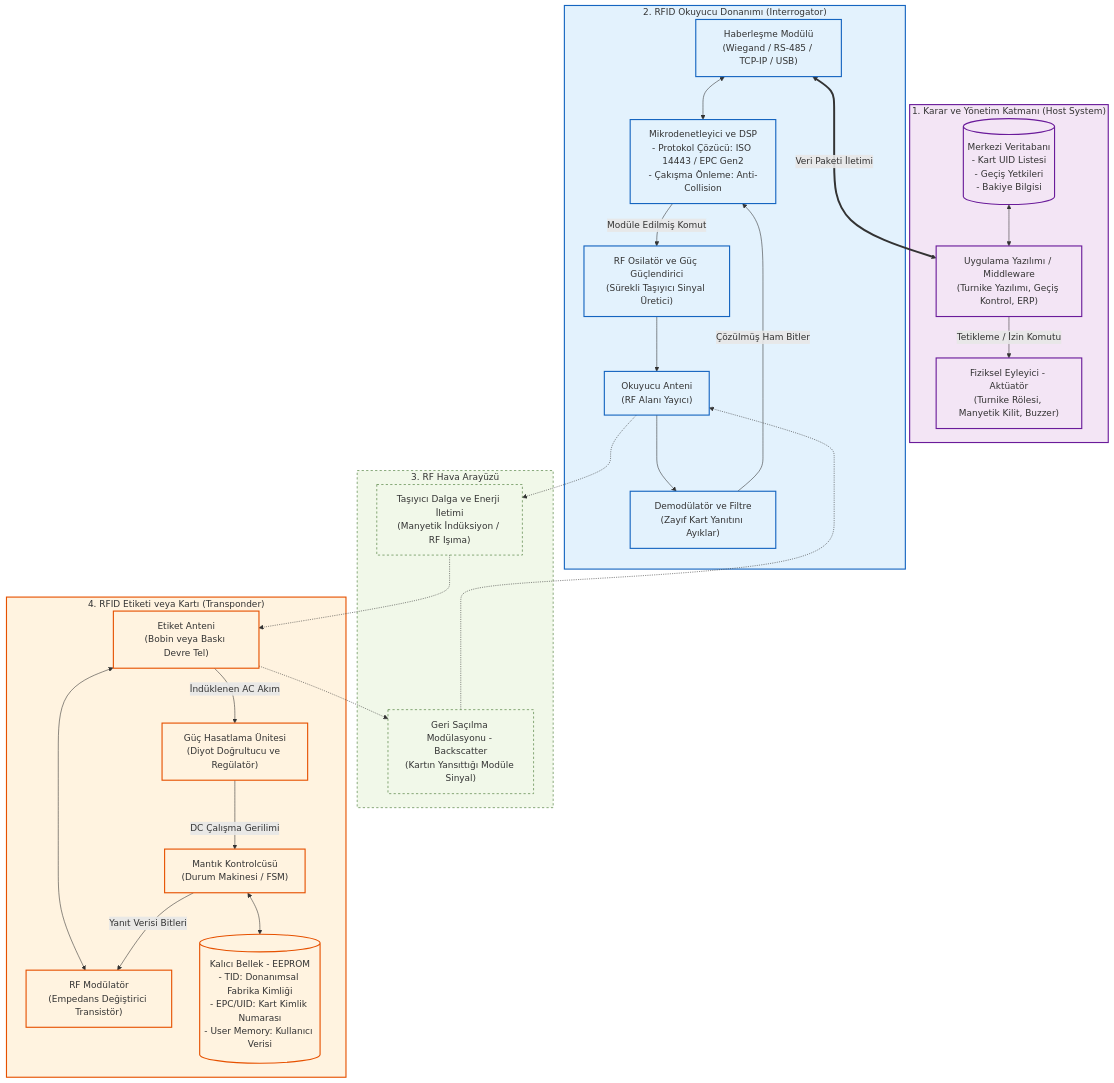
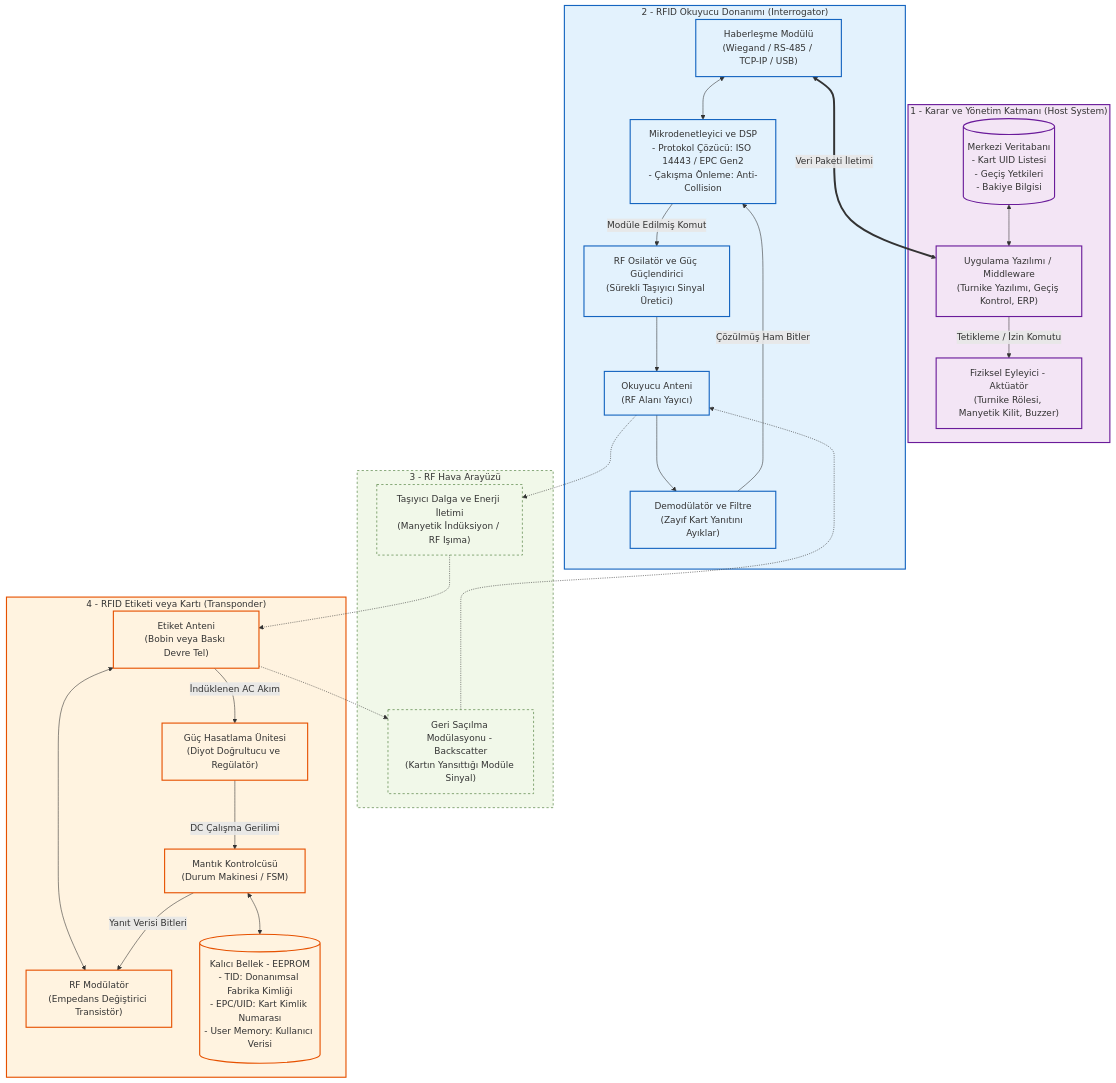
The diagram in content/Depo/Kavramlar/techne/RFID.md (meto-data/noetic-logos), drawn with Mermaid before and after one commit. The commit also changed other lines of this file and 12 other files, not shown here.

Commit message:
fix: resolve mermaid unsupported markdown list error, fix mermaid pc fullscreen & overflow, replace settings icon with unclipped sliders, and fix mobile image lightbox centering & zoom

````diff
--- a/content/Depo/Kavramlar/techne/RFID.md
+++ b/content/Depo/Kavramlar/techne/RFID.md
@@ -25,74 +26,74 @@
 ```mermaid
 flowchart TB
     %% ==========================================
     %% 1. MERKEZİ SİSTEM KATMANI
     %% ==========================================
-    subgraph HostSystem["1. Karar ve Yönetim Katmanı (Host System)"]
+    subgraph HostSystem["1 - Karar ve Yönetim Katmanı (Host System)"]
         DB[("Merkezi Veritabanı\n- Kart UID Listesi\n- Geçiş Yetkileri\n- Bakiye Bilgisi")]
         Middleware["Uygulama Yazılımı / Middleware\n(Turnike Yazılımı, Geçiş Kontrol, ERP)"]
         Actuator["Fiziksel Eyleyici - Aktüatör\n(Turnike Rölesi, Manyetik Kilit, Buzzer)"]
         
         DB <--> Middleware
         Middleware -->|"Tetikleme / İzin Komutu"| Actuator
     end
 
     %% ==========================================
     %% 2. OKUYUCU KATMANI
     %% ==========================================
-    subgraph Reader["2. RFID Okuyucu Donanımı (Interrogator)"]
+    subgraph Reader["2 - RFID Okuyucu Donanımı (Interrogator)"]
         HostComm["Haberleşme Modülü\n(Wiegand / RS-485 / TCP-IP / USB)"]
         DSP["Mikrodenetleyici ve DSP\n- Protokol Çözücü: ISO 14443 / EPC Gen2\n- Çakışma Önleme: Anti-Collision"]
         Oscillator["RF Osilatör ve Güç Güçlendirici\n(Sürekli Taşıyıcı Sinyal Üretici)"]
         Demodulator["Demodülatör ve Filtre\n(Zayıf Kart Yanıtını Ayıklar)"]
         ReaderAntenna["Okuyucu Anteni\n(RF Alanı Yayıcı)"]
 
         HostComm <--> DSP
         DSP -->|"Modüle Edilmiş Komut"| Oscillator
         Oscillator --> ReaderAntenna
         ReaderAntenna --> Demodulator
         Demodulator -->|"Çözülmüş Ham Bitler"| DSP
     end
 
     %% ==========================================
     %% 3. HAVA ARAYÜZÜ (KABLOSUZ ALAN)
     %% ==========================================
-    subgraph AirInterface["3. RF Hava Arayüzü"]
+    subgraph AirInterface["3 - RF Hava Arayüzü"]
         Downlink["Taşıyıcı Dalga ve Enerji İletimi\n(Manyetik İndüksiyon / RF Işıma)"]
         Uplink["Geri Saçılma Modülasyonu - Backscatter\n(Kartın Yansıttığı Modüle Sinyal)"]
     end
 
     %% ==========================================
     %% 4. RFID KARTI / ETİKET
     %% ==========================================
-    subgraph Tag["4. RFID Etiketi veya Kartı (Transponder)"]
+    subgraph Tag["4 - RFID Etiketi veya Kartı (Transponder)"]
         TagAntenna["Etiket Anteni\n(Bobin veya Baskı Devre Tel)"]
         PowerHarvesting["Güç Hasatlama Ünitesi\n(Diyot Doğrultucu ve Regülatör)"]
         ModulatorUnit["RF Modülatör\n(Empedans Değiştirici Transistör)"]
         LogicController["Mantık Kontrolcüsü\n(Durum Makinesi / FSM)"]
         MemoryBanks[("Kalıcı Bellek - EEPROM\n- TID: Donanımsal Fabrika Kimliği\n- EPC/UID: Kart Kimlik Numarası\n- User Memory: Kullanıcı Verisi")]
 
         TagAntenna -->|"İndüklenen AC Akım"| PowerHarvesting
         PowerHarvesting -->|"DC Çalışma Gerilimi"| LogicController
         TagAntenna <--> ModulatorUnit
         LogicController <--> MemoryBanks
         LogicController -->|"Yanıt Verisi Bitleri"| ModulatorUnit
     end
 
     %% ==========================================
     %% SİSTEMLER ARASI İLETİŞİM HATLARI
     %% ==========================================
     HostComm <===>|"Veri Paketi İletimi"| Middleware
     ReaderAntenna -.-> Downlink -.-> TagAntenna
     TagAntenna -.-> Uplink -.-> ReaderAntenna
 
     %% Stil Tanımlamaları
     classDef readerStyle fill:#e3f2fd,stroke:#1565c0,stroke-width:2px;
     classDef tagStyle fill:#fff3e0,stroke:#e65100,stroke-width:2px;
     classDef hostStyle fill:#f3e5f5,stroke:#6a1b9a,stroke-width:2px;
     classDef airStyle fill:#f1f8e9,stroke:#33691e,stroke-width:1px,stroke-dasharray: 4 4;
 
     class HostSystem,DB,Middleware,Actuator hostStyle;
     class Reader,HostComm,DSP,Oscillator,Demodulator,ReaderAntenna readerStyle;
     class Tag,TagAntenna,PowerHarvesting,ModulatorUnit,LogicController,MemoryBanks tagStyle;
     class AirInterface,Downlink,Uplink airStyle;
 ```
````
